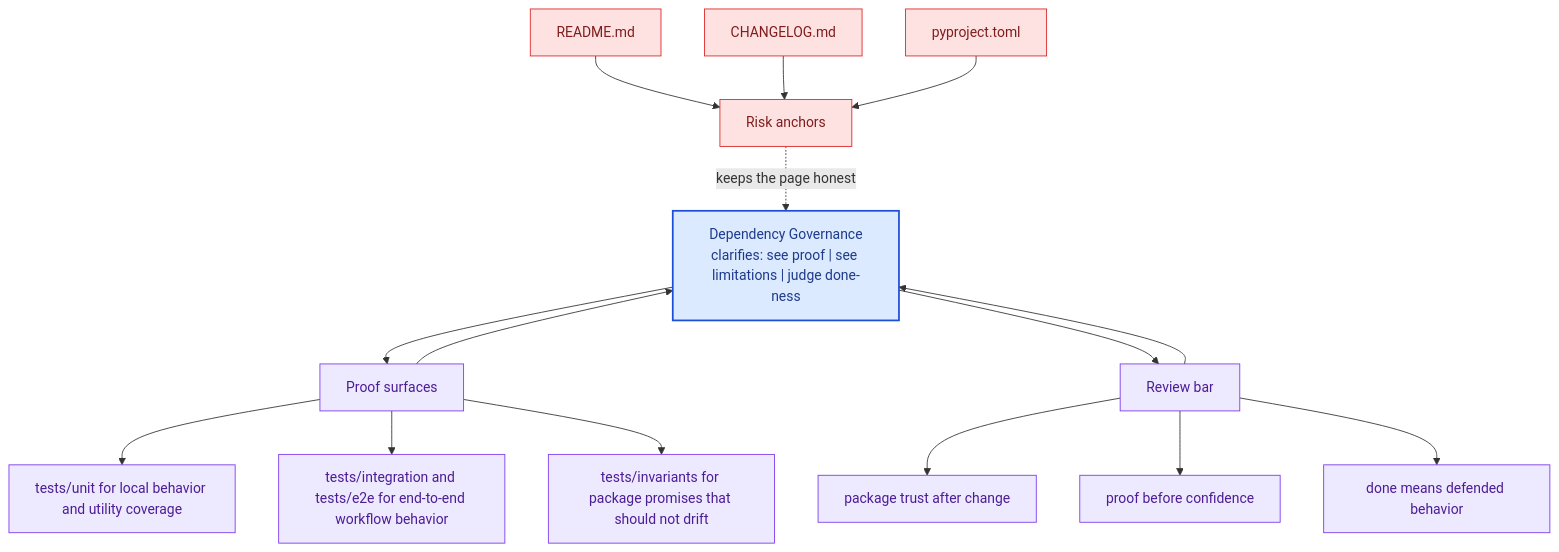
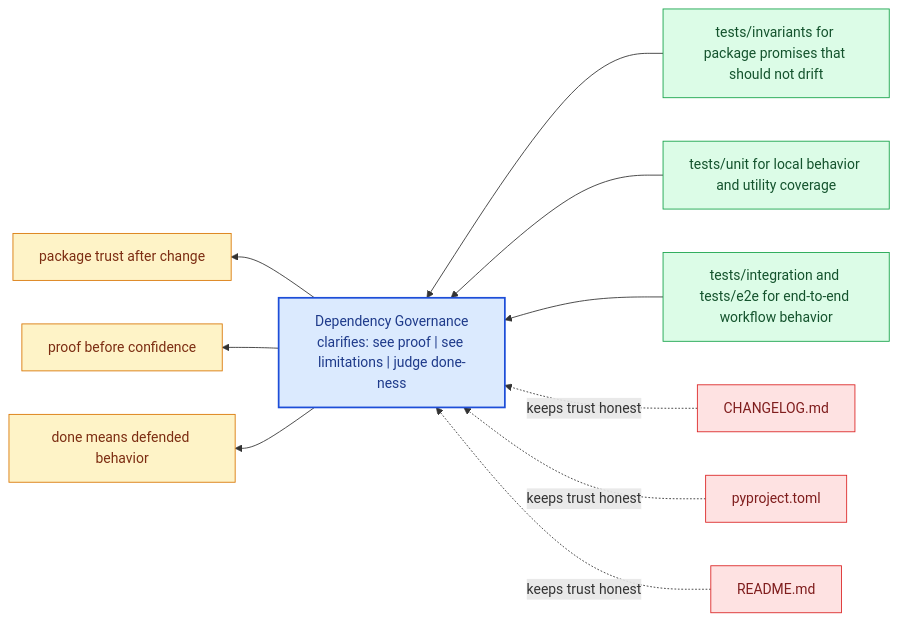
Before and after one commit to bijux/bijux-canon: the diagram in docs/bijux-canon-agent/quality/dependency-governance.md, drawn with Mermaid. The commit also changed other lines of this file and 281 other files, not shown here.

Commit message:
docs(diagrams): replace repeated mermaid scaffolds with page-specific summaries

````diff
--- a/docs/bijux-canon-agent/quality/dependency-governance.md
+++ b/docs/bijux-canon-agent/quality/dependency-governance.md
@@ -68,41 +23,31 @@
 ```mermaid
-flowchart TB
-    promise["Dependency Governance<br/>clarifies: see proof | see limitations | judge done-ness"]
-    classDef promise fill:#dbeafe,stroke:#1d4ed8,color:#1e3a8a,stroke-width:2px;
-    classDef driver fill:#dcfce7,stroke:#16a34a,color:#14532d;
-    classDef constraint fill:#fee2e2,stroke:#dc2626,color:#7f1d1d;
-    classDef ground fill:#ede9fe,stroke:#7c3aed,color:#4c1d95;
-    focus1["Proof surfaces"]
-    focus1 --> promise
-    promise --> focus1
-    focus1_1["tests/unit for local behavior and utility coverage"]
-    focus1 --> focus1_1
-    focus1_2["tests/integration and tests/e2e for end-to-end workflow behavior"]
-    focus1 --> focus1_2
-    focus1_3["tests/invariants for package promises that should not drift"]
-    focus1 --> focus1_3
-    class focus1 ground;
-    class focus1_1,focus1_2,focus1_3 ground;
-    focus2["Risk anchors"]
-    focus2 -.keeps the page honest.-> promise
-    focus2_1["README.md"]
-    focus2_1 --> focus2
-    focus2_2["CHANGELOG.md"]
-    focus2_2 --> focus2
-    focus2_3["pyproject.toml"]
-    focus2_3 --> focus2
-    class focus2 constraint;
-    class focus2_1,focus2_2,focus2_3 constraint;
-    focus3["Review bar"]
-    focus3 --> promise
-    promise --> focus3
-    focus3_1["package trust after change"]
-    focus3 --> focus3_1
-    focus3_2["proof before confidence"]
-    focus3 --> focus3_2
-    focus3_3["done means defended behavior"]
-    focus3 --> focus3_3
-    class focus3 ground;
-    class focus3_1,focus3_2,focus3_3 ground;
-    class promise promise;
+flowchart RL
+    page["Dependency Governance<br/>clarifies: see proof | see limitations | judge done-ness"]
+    classDef page fill:#dbeafe,stroke:#1d4ed8,color:#1e3a8a,stroke-width:2px;
+    classDef positive fill:#dcfce7,stroke:#16a34a,color:#14532d;
+    classDef caution fill:#fee2e2,stroke:#dc2626,color:#7f1d1d;
+    classDef anchor fill:#ede9fe,stroke:#7c3aed,color:#4c1d95;
+    classDef action fill:#fef3c7,stroke:#d97706,color:#7c2d12;
+    proof1["tests/invariants for package promises that should not drift"]
+    proof1 --> page
+    proof2["tests/unit for local behavior and utility coverage"]
+    proof2 --> page
+    proof3["tests/integration and tests/e2e for end-to-end workflow behavior"]
+    proof3 --> page
+    risk1["CHANGELOG.md"]
+    risk1 -.keeps trust honest.-> page
+    risk2["pyproject.toml"]
+    risk2 -.keeps trust honest.-> page
+    risk3["README.md"]
+    risk3 -.keeps trust honest.-> page
+    bar1["package trust after change"]
+    page --> bar1
+    bar2["proof before confidence"]
+    page --> bar2
+    bar3["done means defended behavior"]
+    page --> bar3
+    class page page;
+    class proof1,proof2,proof3 positive;
+    class risk1,risk2,risk3 caution;
+    class bar1,bar2,bar3 action;
 ```
````
